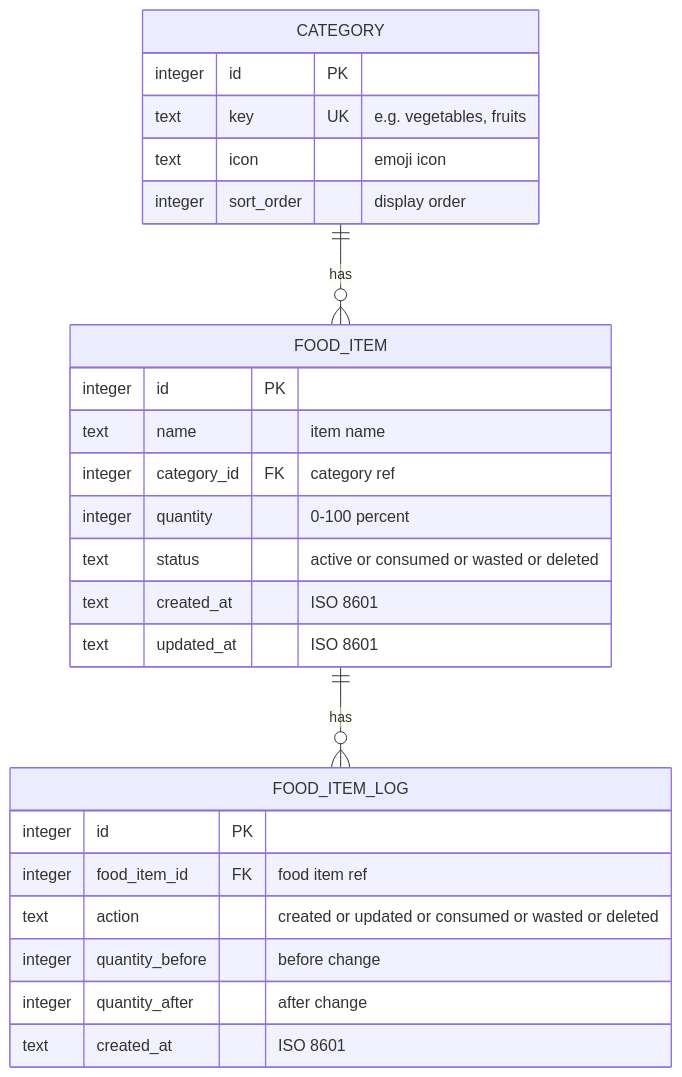
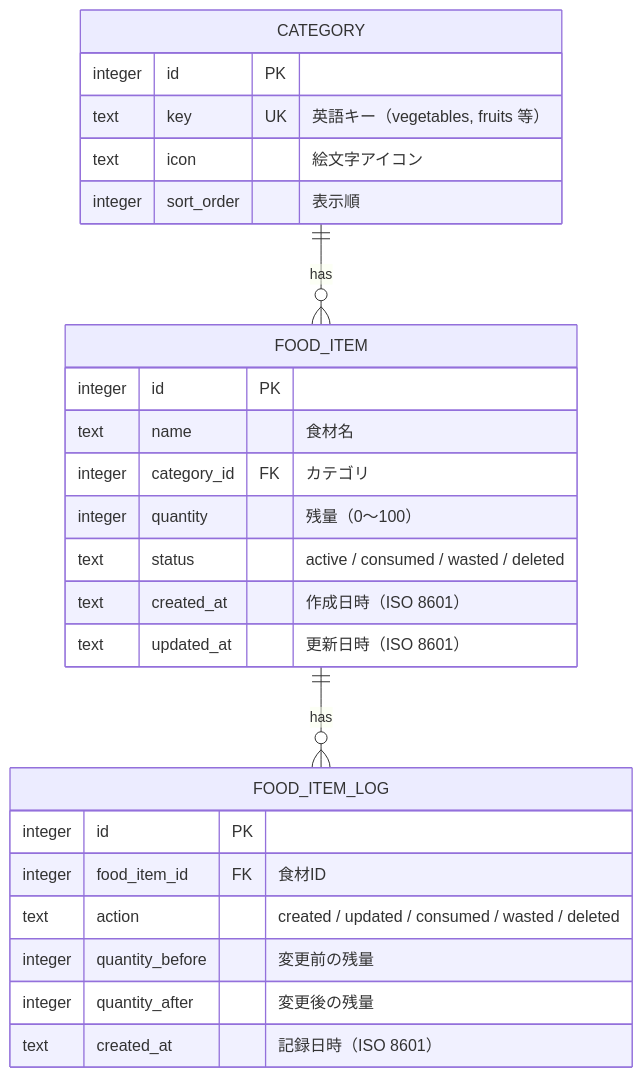
Before and after one commit to tigaweb/mottainai: the first of 2 diagrams in docs/functional-design.md, drawn with Mermaid.

Commit message:
ER図のコメントを日本語に戻す（GitHub Mobile非対応が原因のため）

````diff
--- a/docs/functional-design.md
+++ b/docs/functional-design.md
@@ -7,31 +7,31 @@
 ```mermaid
 erDiagram
-    FOOD_ITEM ||--o{ FOOD_ITEM_LOG : has
-    CATEGORY ||--o{ FOOD_ITEM : has
+    FOOD_ITEM ||--o{ FOOD_ITEM_LOG : "has"
+    CATEGORY ||--o{ FOOD_ITEM : "has"
 
     CATEGORY {
         integer id PK
-        text key UK "e.g. vegetables, fruits"
-        text icon "emoji icon"
-        integer sort_order "display order"
+        text key UK "英語キー（vegetables, fruits 等）"
+        text icon "絵文字アイコン"
+        integer sort_order "表示順"
     }
 
     FOOD_ITEM {
         integer id PK
-        text name "item name"
-        integer category_id FK "category ref"
-        integer quantity "0-100 percent"
-        text status "active or consumed or wasted or deleted"
-        text created_at "ISO 8601"
-        text updated_at "ISO 8601"
+        text name "食材名"
+        integer category_id FK "カテゴリ"
+        integer quantity "残量（0〜100）"
+        text status "active / consumed / wasted / deleted"
+        text created_at "作成日時（ISO 8601）"
+        text updated_at "更新日時（ISO 8601）"
     }
 
     FOOD_ITEM_LOG {
         integer id PK
-        integer food_item_id FK "food item ref"
-        text action "created or updated or consumed or wasted or deleted"
-        integer quantity_before "before change"
-        integer quantity_after "after change"
-        text created_at "ISO 8601"
+        integer food_item_id FK "食材ID"
+        text action "created / updated / consumed / wasted / deleted"
+        integer quantity_before "変更前の残量"
+        integer quantity_after "変更後の残量"
+        text created_at "記録日時（ISO 8601）"
     }
 ```
````
